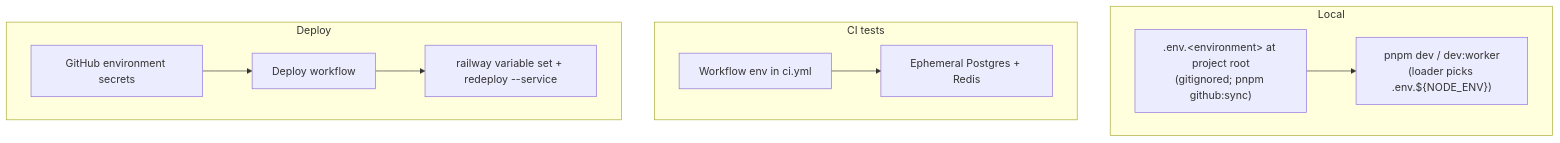
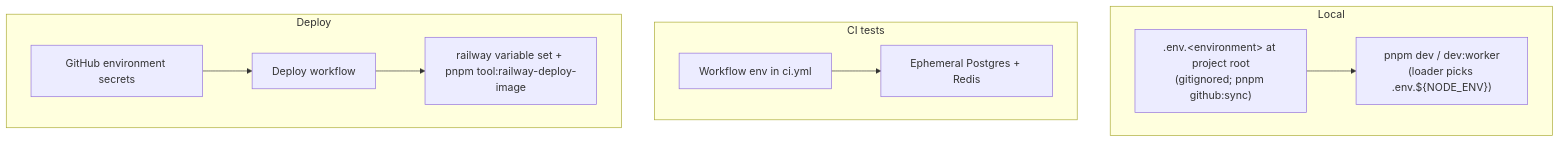
One commit to nikunjmavani/core-be changed the fifth of 6 diagrams in docs/deployment/ci-cd/cicd-and-deployment.md. Above: the diagram before and after it, drawn with Mermaid. The commit also changed other lines of this file and 4 other files, not shown here.

````diff
--- a/docs/deployment/ci-cd/cicd-and-deployment.md
+++ b/docs/deployment/ci-cd/cicd-and-deployment.md
@@ -321,21 +329,21 @@
 ```mermaid
 flowchart TB
   subgraph local [Local]
     A1[".env.&lt;environment&gt; at project root\n(gitignored; pnpm github:sync)"]
     A2["pnpm dev / dev:worker\n(loader picks .env.${NODE_ENV})"]
     A1 --> A2
   end
 
   subgraph ci_env [CI tests]
     B1["Workflow env in ci.yml"]
     B2["Ephemeral Postgres + Redis"]
     B1 --> B2
   end
 
   subgraph deploy_env [Deploy]
     C1["GitHub environment secrets"]
     C2["Deploy workflow"]
-    C3["railway variable set + redeploy --service"]
+    C3["railway variable set + pnpm tool:railway-deploy-image"]
     C1 --> C2 --> C3
   end
 ```
````
